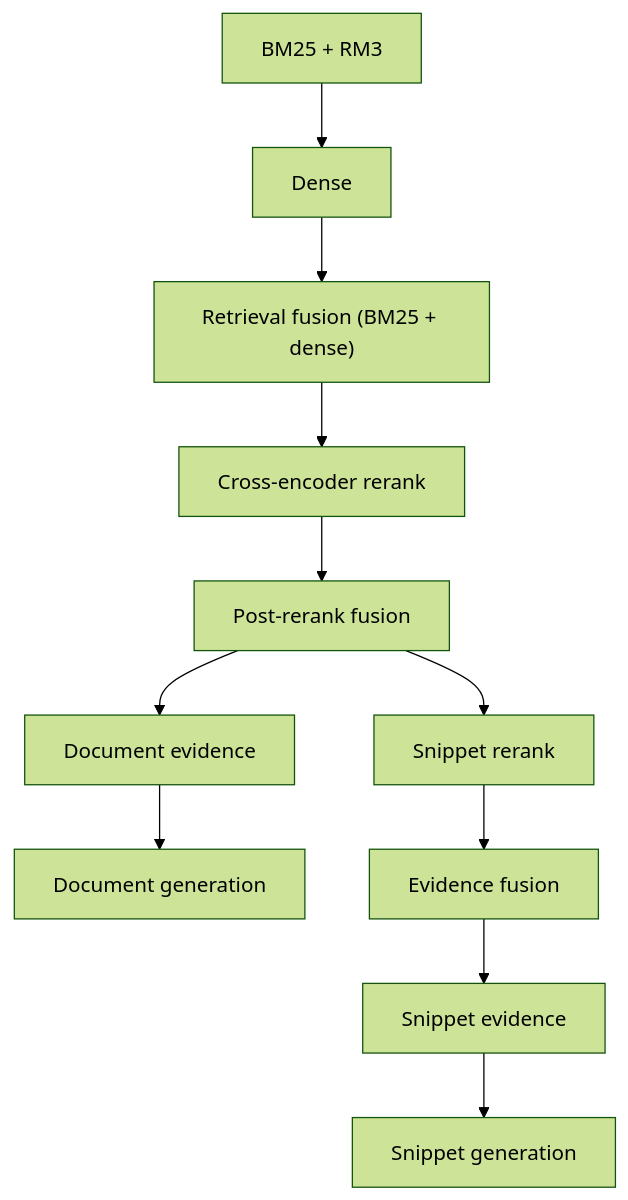
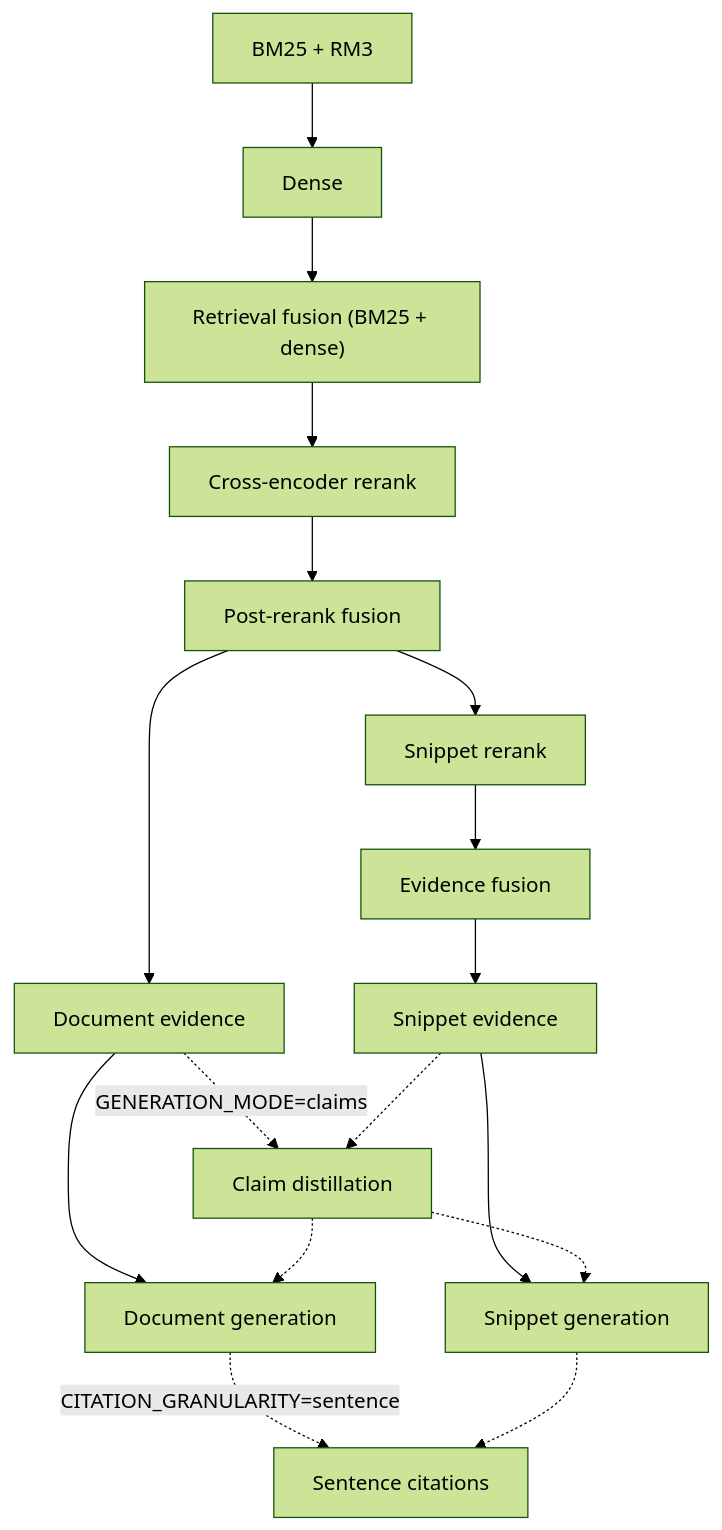
Before and after one commit to fulaibaowang/RAG-scripts: the diagram in README.md, drawn with Mermaid (forest theme). The commit also changed other lines of this file and 14 other files, not shown here.

First line of the commit message:
Sync from trec-rag: sentence-citation fixes, openai_compat retry, public docs

````diff
--- a/README.md
+++ b/README.md
@@ -10,15 +11,22 @@
 ```mermaid
 flowchart TD
   BM25[BM25 + RM3] --> Dense[Dense]
   Dense --> Hybrid["Retrieval fusion (BM25 + dense)"]
   Hybrid --> Rerank["Cross-encoder rerank"]
   Rerank --> RH["Post-rerank fusion"]
 
   RH --> EB[Document evidence]
   EB --> GB[Document generation]
 
   RH --> SR["Snippet rerank"]
   SR --> RRF2["Evidence fusion"]
   RRF2 --> ES[Snippet evidence]
   ES --> GS[Snippet generation]
+
+  EB -.->|"GENERATION_MODE=claims"| CD["Claim distillation"]
+  ES -.-> CD
+  CD -.-> GB
+  CD -.-> GS
+  GB -.->|"CITATION_GRANULARITY=sentence"| AT["Sentence citations"]
+  GS -.-> AT
 ```
````
